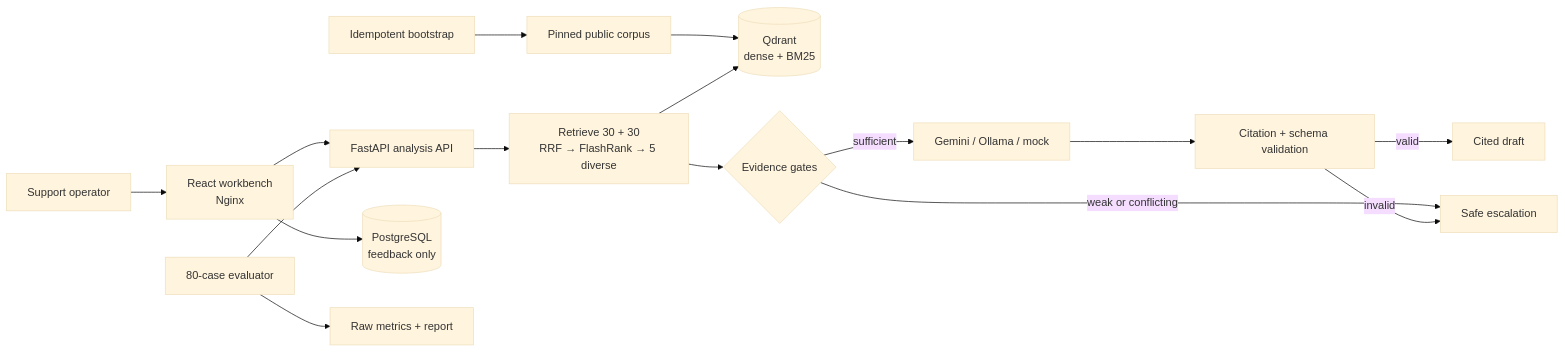
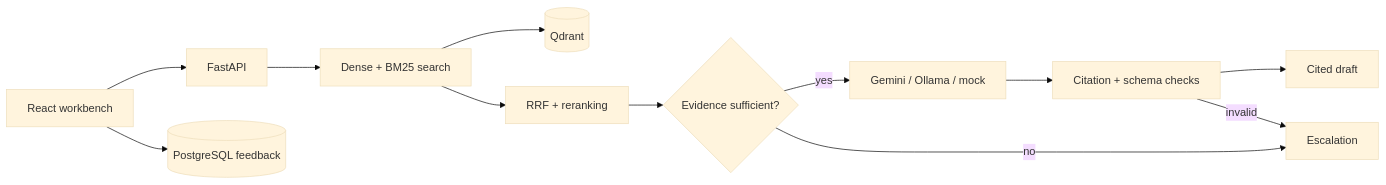
Before and after one commit to SaiDheerajPeketi/Recall: the diagram in README.md, drawn with Mermaid (base theme). The commit also changed other lines of this file and 12 other files, not shown here.

````diff
--- a/README.md
+++ b/README.md
@@ -26,21 +24,14 @@
 ```mermaid
 flowchart LR
-    O[Support operator] --> W[React workbench<br/>Nginx]
-    W --> A[FastAPI analysis API]
-
-    B[Idempotent bootstrap] --> C[Pinned public corpus]
-    C --> Q[(Qdrant<br/>dense + BM25)]
-
-    A --> R[Retrieve 30 + 30<br/>RRF → FlashRank → 5 diverse]
-    R --> Q
-    R --> G{Evidence gates}
-    G -->|sufficient| P[Gemini / Ollama / mock]
-    G -->|weak or conflicting| E[Safe escalation]
-    P --> V[Citation + schema validation]
-    V -->|valid| D[Cited draft]
-    V -->|invalid| E
-
-    W --> F[(PostgreSQL<br/>feedback only)]
-    T[80-case evaluator] --> A
-    T --> M[Raw metrics + report]
+    UI[React workbench] --> API[FastAPI]
+    API --> Search[Dense + BM25 search]
+    Search --> Q[(Qdrant)]
+    Search --> Rank[RRF + reranking]
+    Rank --> Gate{Evidence sufficient?}
+    Gate -->|yes| Model[Gemini / Ollama / mock]
+    Gate -->|no| Escalate[Escalation]
+    Model --> Check[Citation + schema checks]
+    Check --> Draft[Cited draft]
+    Check -->|invalid| Escalate
+    UI --> Feedback[(PostgreSQL feedback)]
 ```
````
